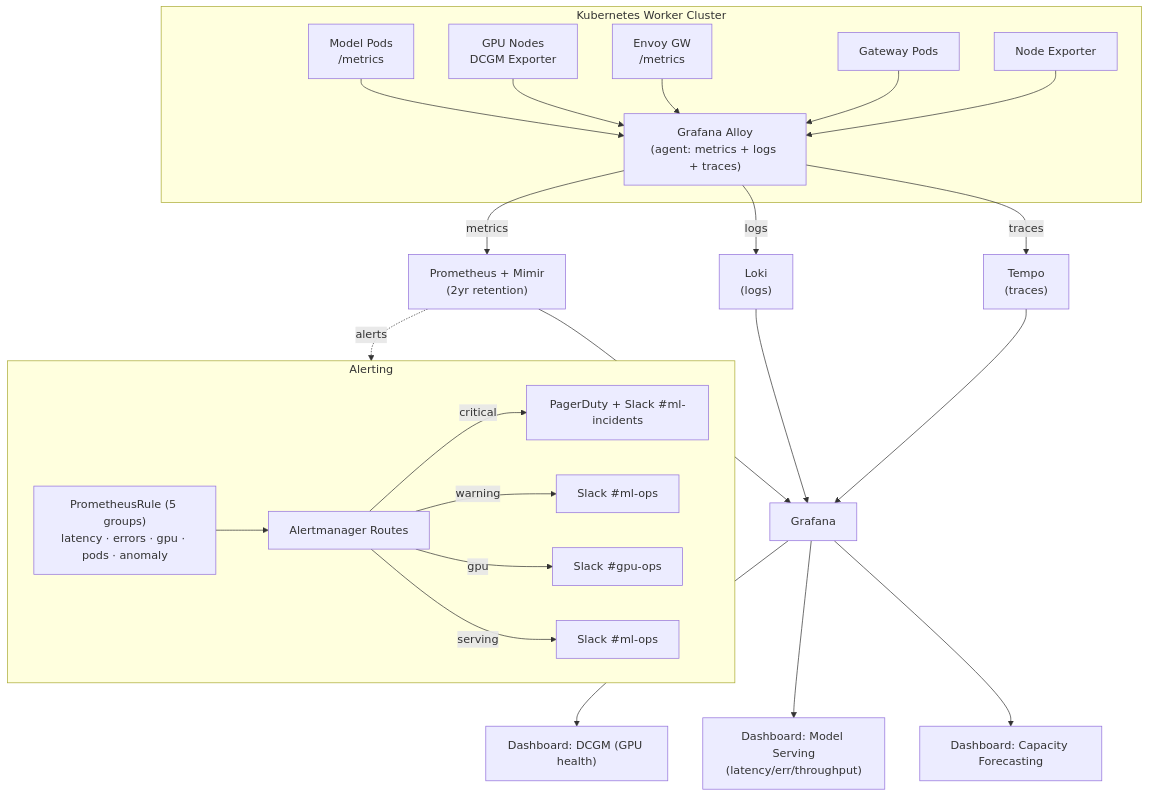
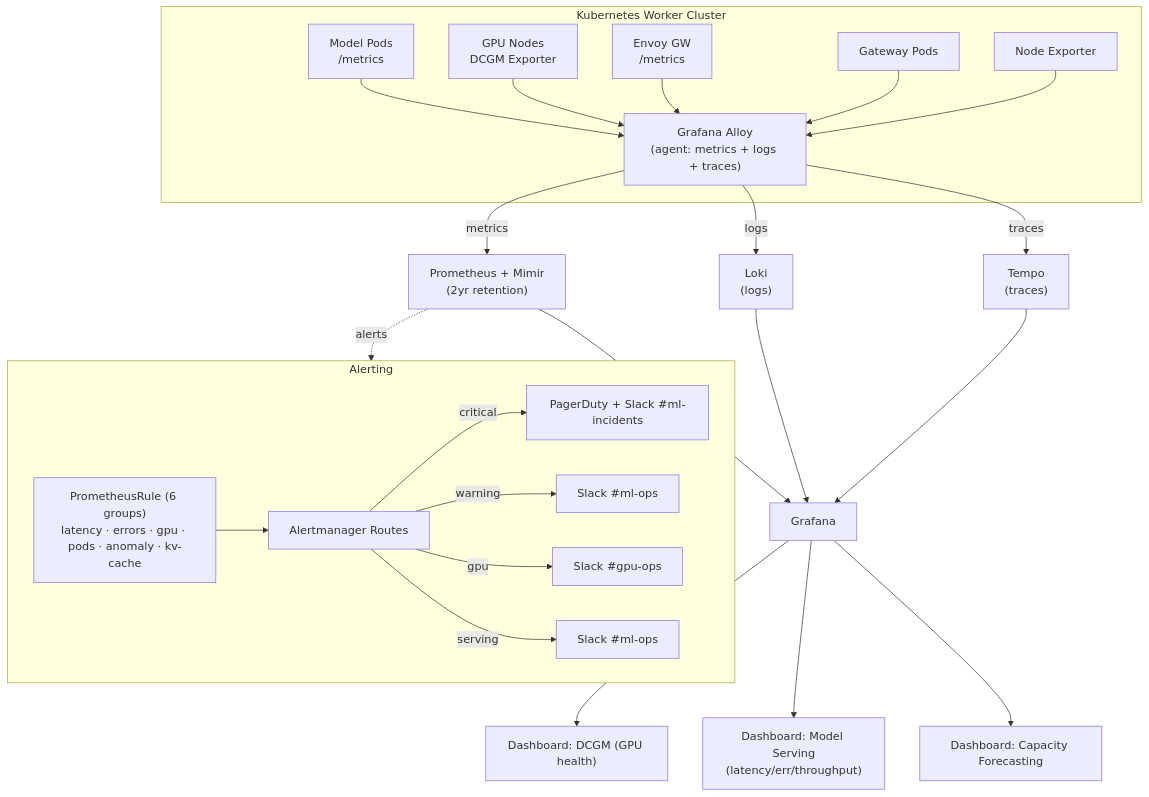
Before and after one commit to ADORSYS-GIS/Custom-Ai-Ops: the fifth of 9 diagrams in README.md, drawn with Mermaid. The commit also changed other lines of this file and 22 other files, not shown here.

````diff
--- a/README.md
+++ b/README.md
@@ -264,40 +265,40 @@
 ```mermaid
 graph TB
     subgraph Cluster["Kubernetes Worker Cluster"]
         MP["Model Pods<br/>/metrics"]
         DCGM["GPU Nodes<br/>DCGM Exporter"]
         GW["Envoy GW<br/>/metrics"]
         GP["Gateway Pods"]
         NE["Node Exporter"]
         ALLOY["Grafana Alloy<br/>(agent: metrics + logs + traces)"]
         MP --> ALLOY
         DCGM --> ALLOY
         GW --> ALLOY
         GP --> ALLOY
         NE --> ALLOY
     end
 
     ALLOY -->|metrics| PROM["Prometheus + Mimir<br/>(2yr retention)"]
     ALLOY -->|logs| LOKI["Loki<br/>(logs)"]
     ALLOY -->|traces| TEMPO["Tempo<br/>(traces)"]
 
     PROM --> GRAFANA["Grafana"]
     LOKI --> GRAFANA
     TEMPO --> GRAFANA
 
     GRAFANA --> DASH1["Dashboard: DCGM (GPU health)"]
     GRAFANA --> DASH2["Dashboard: Model Serving<br/>(latency/err/throughput)"]
     GRAFANA --> DASH3["Dashboard: Capacity Forecasting"]
 
     subgraph Alerting["Alerting"]
-        RULES["PrometheusRule (5 groups)<br/>latency · errors · gpu · pods · anomaly"]
+        RULES["PrometheusRule (6 groups)<br/>latency · errors · gpu · pods · anomaly · kv-cache"]
         AM["Alertmanager Routes"]
         RULES --> AM
         AM -->|critical| PD["PagerDuty + Slack #ml-incidents"]
         AM -->|warning| SL1["Slack #ml-ops"]
         AM -->|gpu| SL2["Slack #gpu-ops"]
         AM -->|serving| SL3["Slack #ml-ops"]
     end
 
     PROM -.->|alerts| Alerting
 ```
````
